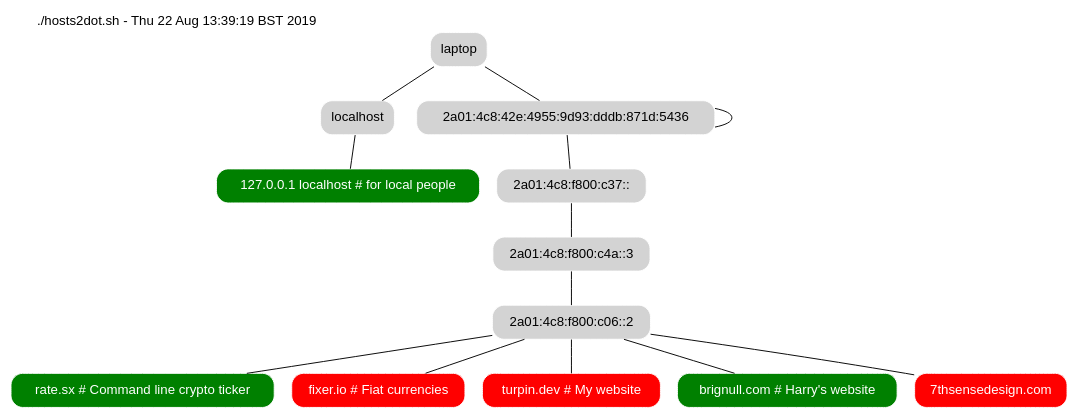
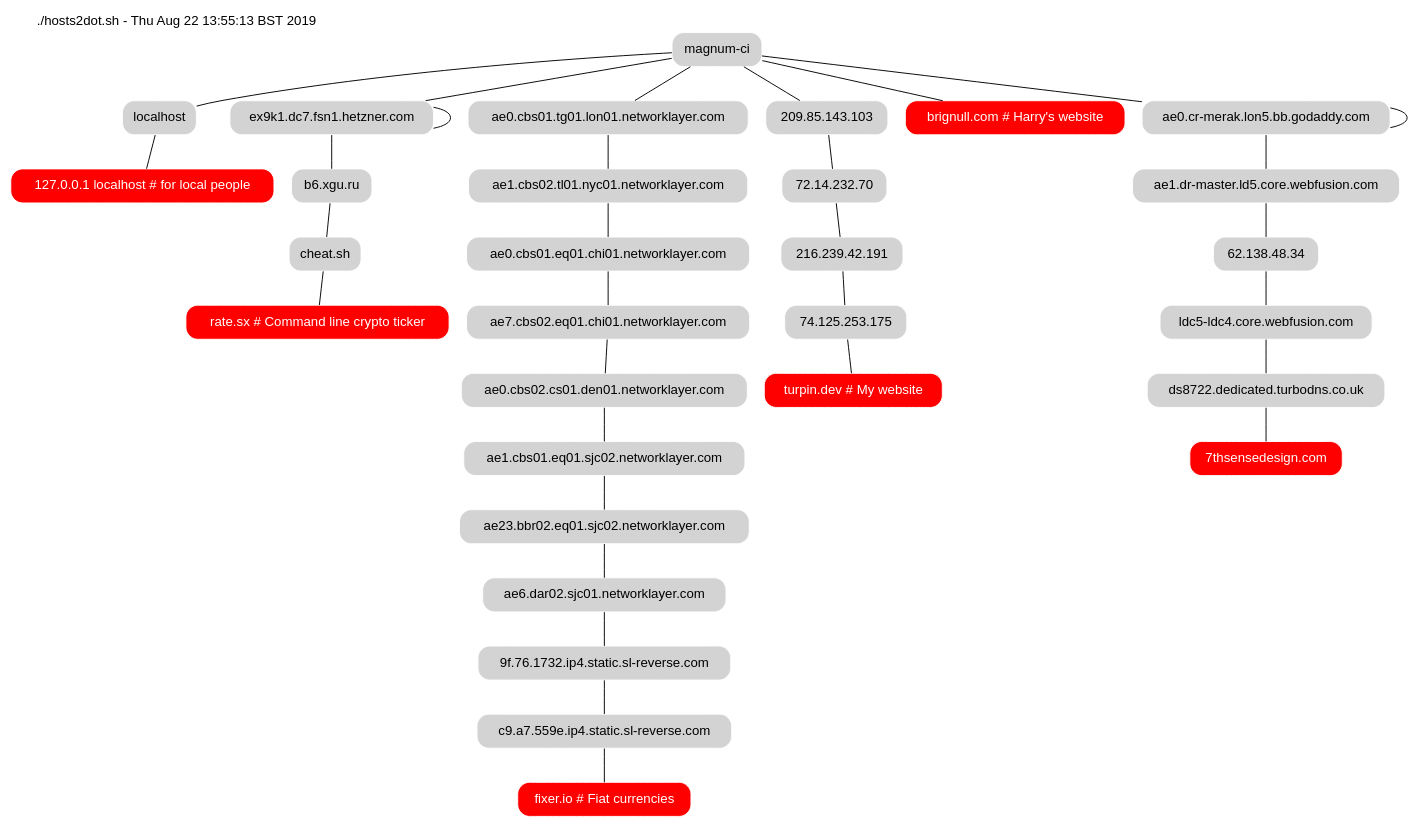
The diagram in artefacts/hosts2dot/topology.dot (deanturpin/magnum-ci), drawn with Graphviz before and after one commit. The commit also changed 18 other files, not shown here.

```diff
--- a/artefacts/hosts2dot/topology.dot
+++ b/artefacts/hosts2dot/topology.dot
@@ -1,18 +1,18 @@
 strict graph {
 fontname=helvetica
 node [shape=rect style="filled,rounded" color=white fillcolor=lightgrey fontname=helvetica]
-soy_yo [label="laptop"]
-graph [label="./hosts2dot.sh - Thu 22 Aug 13:39:19 BST 2019" labelloc=top labeljust=left]
-"127.0.0.1 localhost # for local people" [fillcolor=green fontcolor=white]
+soy_yo [label="magnum-ci"]
+graph [label="./hosts2dot.sh - Thu Aug 22 13:55:13 BST 2019" labelloc=top labeljust=left]
+"127.0.0.1 localhost # for local people" [fillcolor=red fontcolor=white]
 soy_yo--"localhost"--"127.0.0.1 localhost # for local people"
-"rate.sx # Command line crypto ticker" [fillcolor=green fontcolor=white]
-soy_yo--"2a01:4c8:42e:4955:9d93:dddb:871d:5436"--"2a01:4c8:42e:4955:9d93:dddb:871d:5436"--"2a01:4c8:f800:c37::"--"2a01:4c8:f800:c4a::3"--"2a01:4c8:f800:c06::2"--"rate.sx # Command line crypto ticker"
+"rate.sx # Command line crypto ticker" [fillcolor=red fontcolor=white]
+soy_yo--"ex9k1.dc7.fsn1.hetzner.com"--"ex9k1.dc7.fsn1.hetzner.com"--"b6.xgu.ru"--"cheat.sh"--"rate.sx # Command line crypto ticker"
 "fixer.io # Fiat currencies" [fillcolor=red fontcolor=white]
-soy_yo--"2a01:4c8:42e:4955:9d93:dddb:871d:5436"--"2a01:4c8:42e:4955:9d93:dddb:871d:5436"--"2a01:4c8:f800:c37::"--"2a01:4c8:f800:c4a::3"--"2a01:4c8:f800:c06::2"--"fixer.io # Fiat currencies"
+soy_yo--"ae0.cbs01.tg01.lon01.networklayer.com"--"ae1.cbs02.tl01.nyc01.networklayer.com"--"ae0.cbs01.eq01.chi01.networklayer.com"--"ae7.cbs02.eq01.chi01.networklayer.com"--"ae0.cbs02.cs01.den01.networklayer.com"--"ae1.cbs01.eq01.sjc02.networklayer.com"--"ae23.bbr02.eq01.sjc02.networklayer.com"--"ae6.dar02.sjc01.networklayer.com"--"9f.76.1732.ip4.static.sl-reverse.com"--"c9.a7.559e.ip4.static.sl-reverse.com"--"fixer.io # Fiat currencies"
 "turpin.dev # My website" [fillcolor=red fontcolor=white]
-soy_yo--"2a01:4c8:42e:4955:9d93:dddb:871d:5436"--"2a01:4c8:42e:4955:9d93:dddb:871d:5436"--"2a01:4c8:f800:c37::"--"2a01:4c8:f800:c4a::3"--"2a01:4c8:f800:c06::2"--"turpin.dev # My website"
-"brignull.com # Harry's website" [fillcolor=green fontcolor=white]
-soy_yo--"2a01:4c8:42e:4955:9d93:dddb:871d:5436"--"2a01:4c8:42e:4955:9d93:dddb:871d:5436"--"2a01:4c8:f800:c37::"--"2a01:4c8:f800:c4a::3"--"2a01:4c8:f800:c06::2"--"brignull.com # Harry's website"
+soy_yo--"209.85.143.103"--"72.14.232.70"--"216.239.42.191"--"74.125.253.175"--"turpin.dev # My website"
+"brignull.com # Harry's website" [fillcolor=red fontcolor=white]
+soy_yo--"brignull.com # Harry's website"
 "7thsensedesign.com" [fillcolor=red fontcolor=white]
-soy_yo--"2a01:4c8:42e:4955:9d93:dddb:871d:5436"--"2a01:4c8:42e:4955:9d93:dddb:871d:5436"--"2a01:4c8:f800:c37::"--"2a01:4c8:f800:c4a::3"--"2a01:4c8:f800:c06::2"--"7thsensedesign.com"
+soy_yo--"ae0.cr-merak.lon5.bb.godaddy.com"--"ae0.cr-merak.lon5.bb.godaddy.com"--"ae1.dr-master.ld5.core.webfusion.com"--"62.138.48.34"--"ldc5-ldc4.core.webfusion.com"--"ds8722.dedicated.turbodns.co.uk"--"7thsensedesign.com"
 }
```
